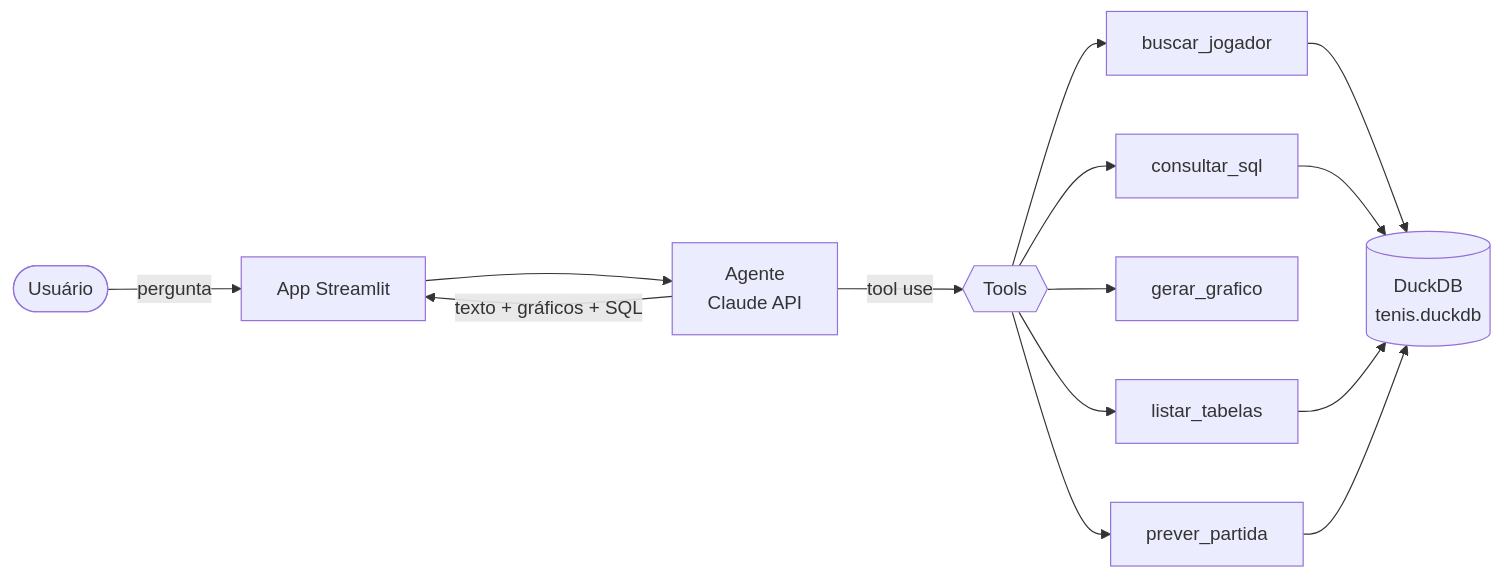
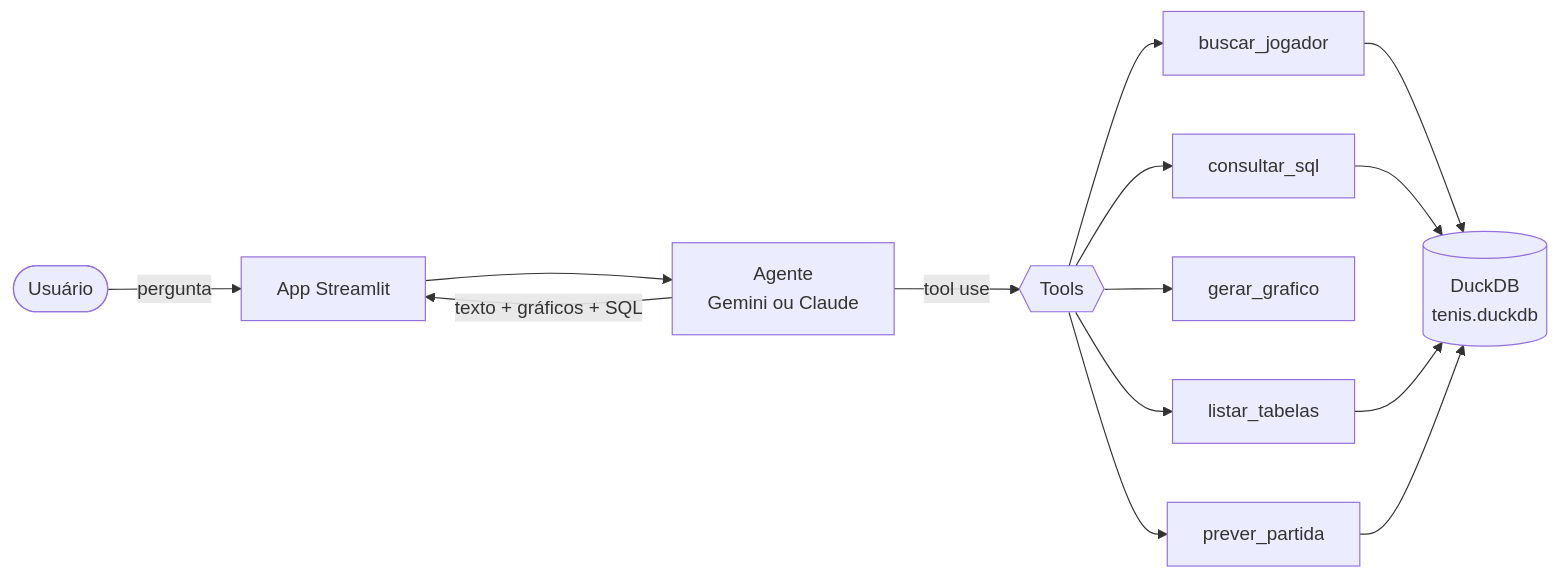
One commit to diegookaique/scout-tenis-ia changed the diagram in README.md. Above: the diagram before and after it, drawn with Mermaid. The commit also changed other lines of this file and 15 other files, not shown here.

First line of the commit message:
Gemini API (plano gratuito) como provedor de IA e correção do Elo atual

````diff
--- a/README.md
+++ b/README.md
@@ -38,16 +48,16 @@
 ```mermaid
 flowchart LR
     U([Usuário]) -->|pergunta| S[App Streamlit]
-    S --> A[Agente<br/>Claude API]
+    S --> A[Agente<br/>Gemini ou Claude]
     A -->|tool use| T{{Tools}}
     T --> B[buscar_jogador]
     T --> Q[consultar_sql]
     T --> G[gerar_grafico]
     T --> L[listar_tabelas]
     T --> P[prever_partida]
     B --> D[(DuckDB<br/>tenis.duckdb)]
     Q --> D
     L --> D
     P --> D
     A -->|texto + gráficos + SQL| S
 ```
````
